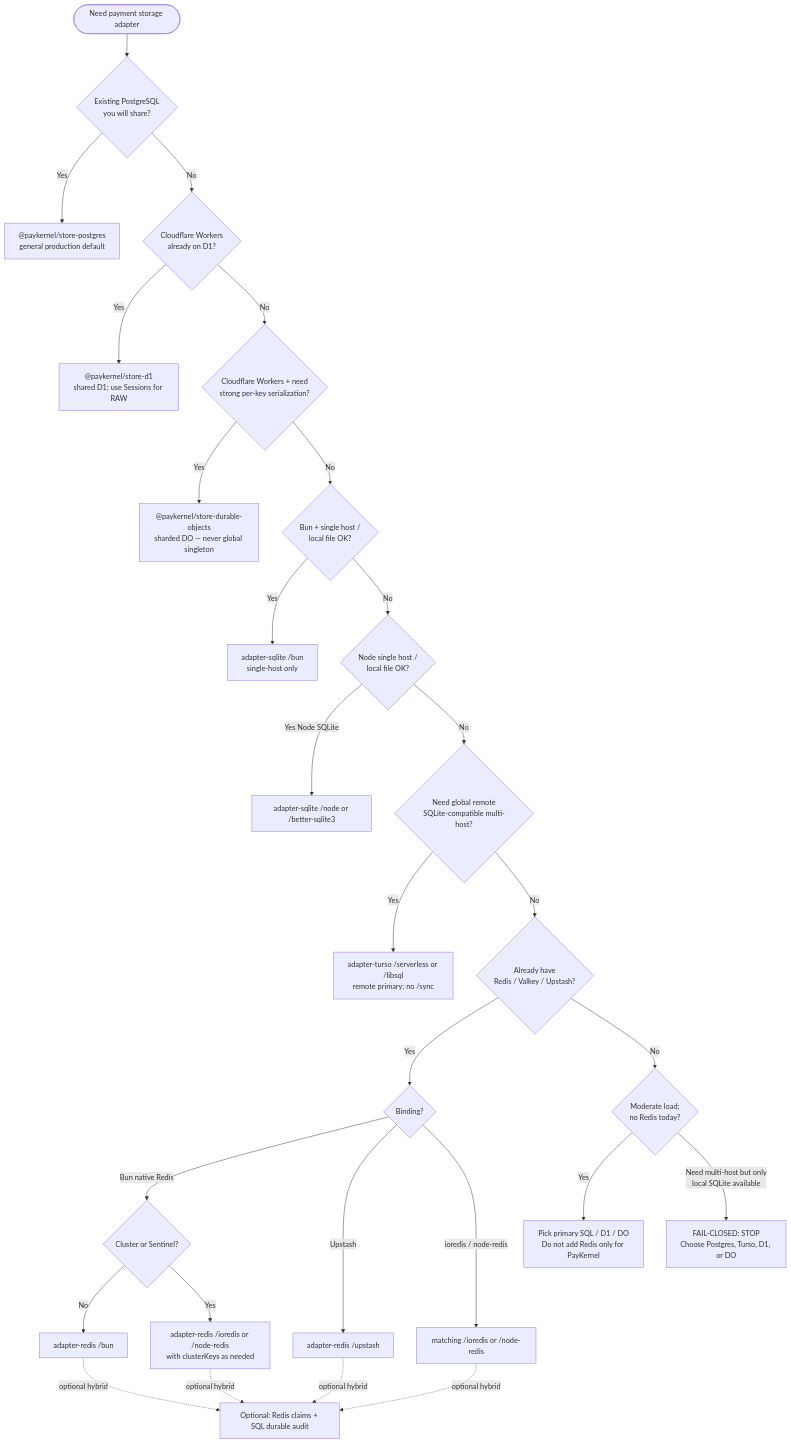
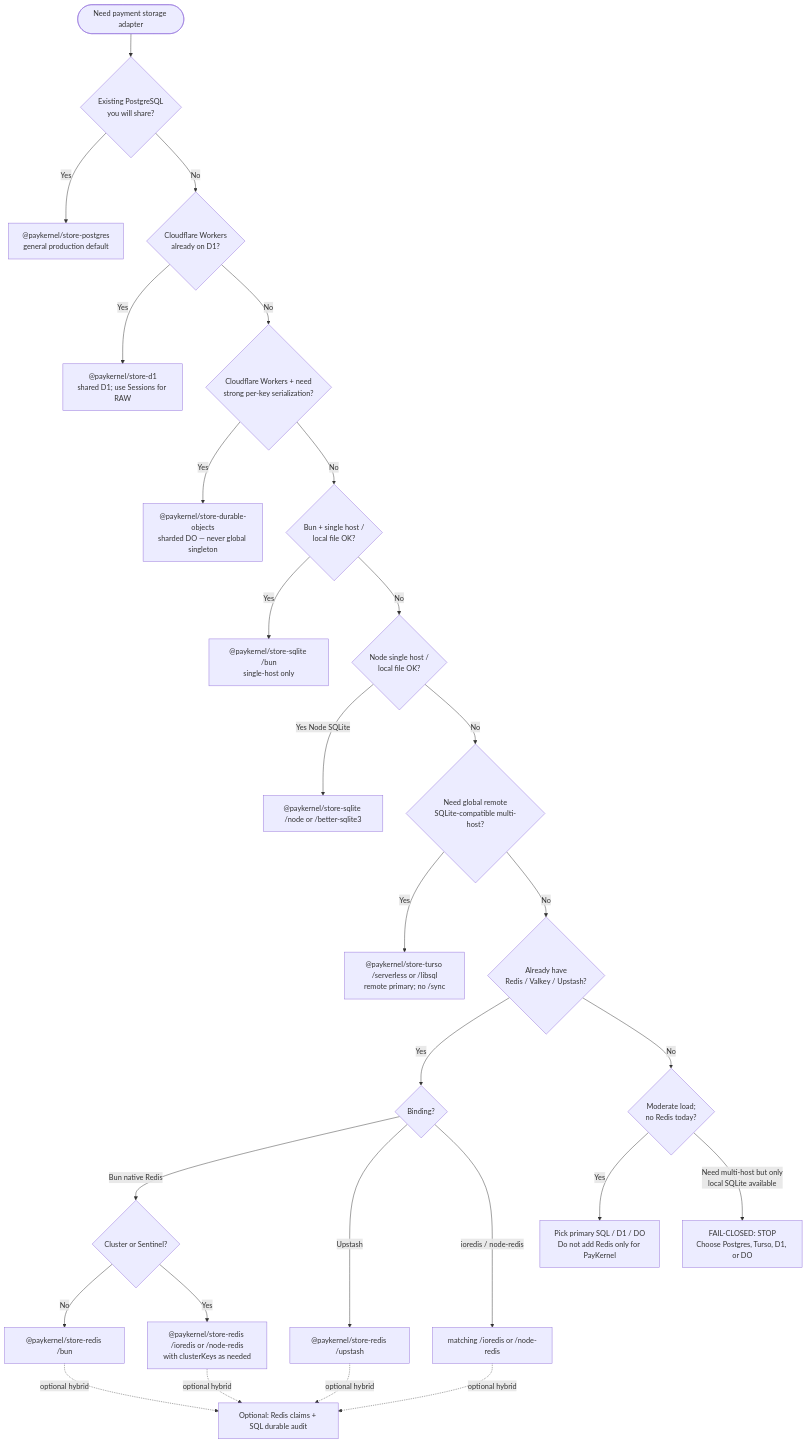
One commit to paykernel/paykernel changed the diagram in docs/adapter-selection.md. Above: the diagram before and after it, drawn with Mermaid. The commit also changed other lines of this file and 51 other files, not shown here.

````diff
--- a/docs/adapter-selection.md
+++ b/docs/adapter-selection.md
@@ -80,30 +80,30 @@
 ```mermaid
 flowchart TD
   start([Need payment storage adapter]) --> Q1{Existing PostgreSQL<br/>you will share?}
   Q1 -->|Yes| PG["@paykernel/store-postgres<br/>general production default"]
   Q1 -->|No| Q2{Cloudflare Workers<br/>already on D1?}
   Q2 -->|Yes| D1["@paykernel/store-d1<br/>shared D1; use Sessions for RAW"]
   Q2 -->|No| Q3{Cloudflare Workers + need<br/>strong per-key serialization?}
   Q3 -->|Yes| DO["@paykernel/store-durable-objects<br/>sharded DO — never global singleton"]
   Q3 -->|No| Q4{Bun + single host /<br/>local file OK?}
-  Q4 -->|Yes| SQLITE_BUN["adapter-sqlite /bun<br/>single-host only"]
+  Q4 -->|Yes| SQLITE_BUN["@paykernel/store-sqlite /bun<br/>single-host only"]
   Q4 -->|No| Q4b{Node single host /<br/>local file OK?}
-  Q4b -->|Yes Node SQLite| SQLITE_NODE["adapter-sqlite /node or /better-sqlite3"]
+  Q4b -->|Yes Node SQLite| SQLITE_NODE["@paykernel/store-sqlite /node or /better-sqlite3"]
   Q4b -->|No| Q5{Need global remote<br/>SQLite-compatible multi-host?}
-  Q5 -->|Yes| TURSO["adapter-turso /serverless or /libsql<br/>remote primary; no /sync"]
+  Q5 -->|Yes| TURSO["@paykernel/store-turso /serverless or /libsql<br/>remote primary; no /sync"]
   Q5 -->|No| Q6{Already have<br/>Redis / Valkey / Upstash?}
   Q6 -->|Yes| Q7{Binding?}
   Q7 -->|Bun native Redis| REDIS_BUN{"Cluster or Sentinel?"}
-  REDIS_BUN -->|No| REDIS_B["adapter-redis /bun"]
-  REDIS_BUN -->|Yes| REDIS_IO["adapter-redis /ioredis or /node-redis<br/>with clusterKeys as needed"]
-  Q7 -->|Upstash| REDIS_UP["adapter-redis /upstash"]
+  REDIS_BUN -->|No| REDIS_B["@paykernel/store-redis /bun"]
+  REDIS_BUN -->|Yes| REDIS_IO["@paykernel/store-redis /ioredis or /node-redis<br/>with clusterKeys as needed"]
+  Q7 -->|Upstash| REDIS_UP["@paykernel/store-redis /upstash"]
   Q7 -->|ioredis / node-redis| REDIS_NODE["matching /ioredis or /node-redis"]
   Q6 -->|No| Q8{Moderate load;<br/>no Redis today?}
   Q8 -->|Yes| SQL_PRIMARY["Pick primary SQL / D1 / DO<br/>Do not add Redis only for PayKernel"]
   Q8 -->|Need multi-host but only<br/>local SQLite available| STOP["FAIL-CLOSED: STOP<br/>Choose Postgres, Turso, D1, or DO"]
 
   REDIS_B -.->|optional hybrid| HYBRID["Optional: Redis claims + SQL durable audit"]
   REDIS_IO -.->|optional hybrid| HYBRID
   REDIS_UP -.->|optional hybrid| HYBRID
   REDIS_NODE -.->|optional hybrid| HYBRID
 ```
````
